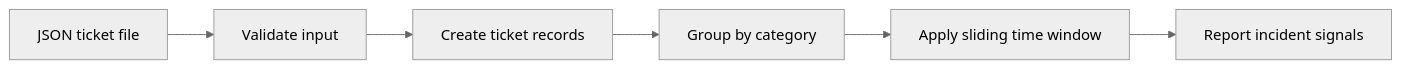
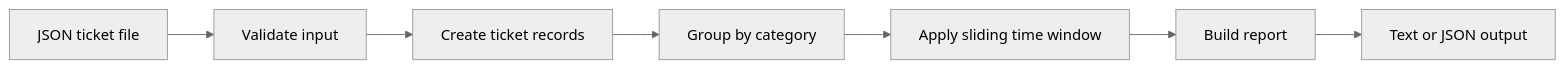
The diagram in README.md (kay-freeman/incident-signal), drawn with Mermaid (neutral theme) before and after one commit. The commit also changed other lines of this file and 3 other files, not shown here.

Commit message:
Add structured JSON incident reports

````diff
--- a/README.md
+++ b/README.md
@@ -18,8 +18,9 @@
 ```mermaid
 flowchart LR
     A[JSON ticket file] --> B[Validate input]
     B --> C[Create ticket records]
     C --> D[Group by category]
     D --> E[Apply sliding time window]
-    E --> F[Report incident signals]
+    E --> F[Build report]
+    F --> G[Text or JSON output]
 ```
````
